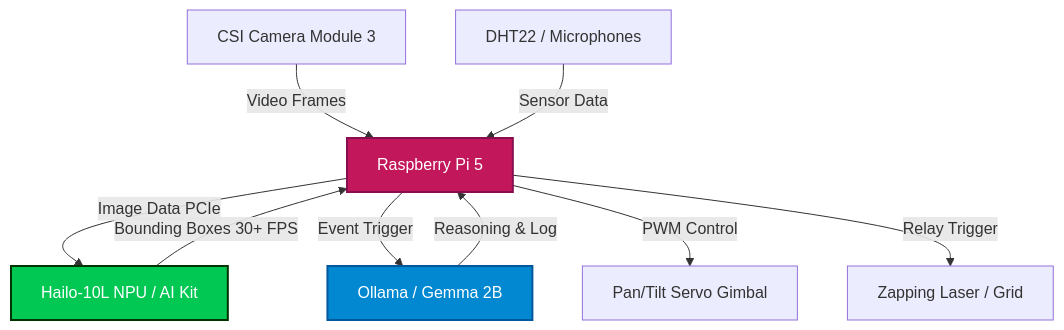
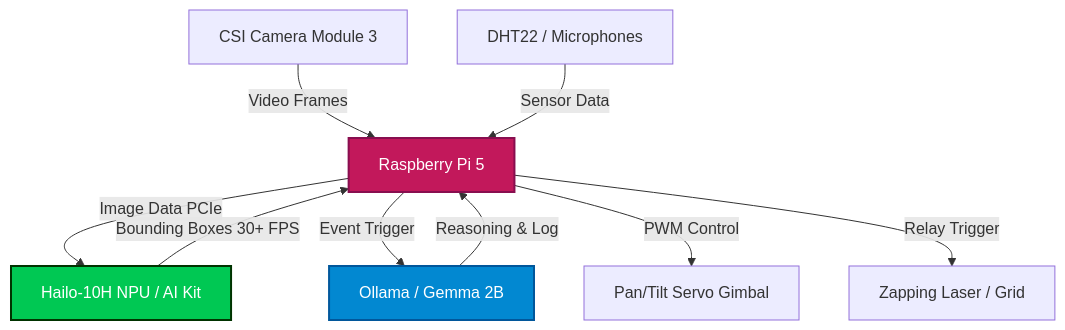
The diagram in docs/HARDWARE_SETUP.md (fivepanelhat/Sting-Operation-AI), drawn with Mermaid before and after one commit. The commit also changed other lines of this file and 4 other files, not shown here.

First line of the commit message:
docs: standardize on Raspberry Pi 5 16GB + Hailo-10H NPU (40 TOPS)

````diff
--- a/docs/HARDWARE_SETUP.md
+++ b/docs/HARDWARE_SETUP.md
@@ -13,23 +13,23 @@
 ```mermaid
 graph TD
     %% Inputs
     C["CSI Camera Module 3"] -->|Video Frames| Pi["Raspberry Pi 5"]
     S["DHT22 / Microphones"] -->|Sensor Data| Pi
     
     %% NPU Acceleration
-    Pi -->|Image Data PCIe| H["Hailo-10L NPU / AI Kit"]
+    Pi -->|Image Data PCIe| H["Hailo-10H NPU / AI Kit"]
     H -->|Bounding Boxes 30+ FPS| Pi
     
     %% Local Reasoning
     Pi -->|Event Trigger| Ol["Ollama / Gemma 2B"]
     Ol -->|Reasoning & Log| Pi
     
     %% Outputs / Actuators
     Pi -->|PWM Control| G["Pan/Tilt Servo Gimbal"]
     Pi -->|Relay Trigger| Z["Zapping Laser / Grid"]
     
     %% Styling
     style Pi fill:#c2185b,stroke:#880e4f,stroke-width:2px,color:#fff
     style H fill:#00c853,stroke:#003300,stroke-width:2px,color:#fff
     style Ol fill:#0288d1,stroke:#01579b,stroke-width:2px,color:#fff
 ```
````
